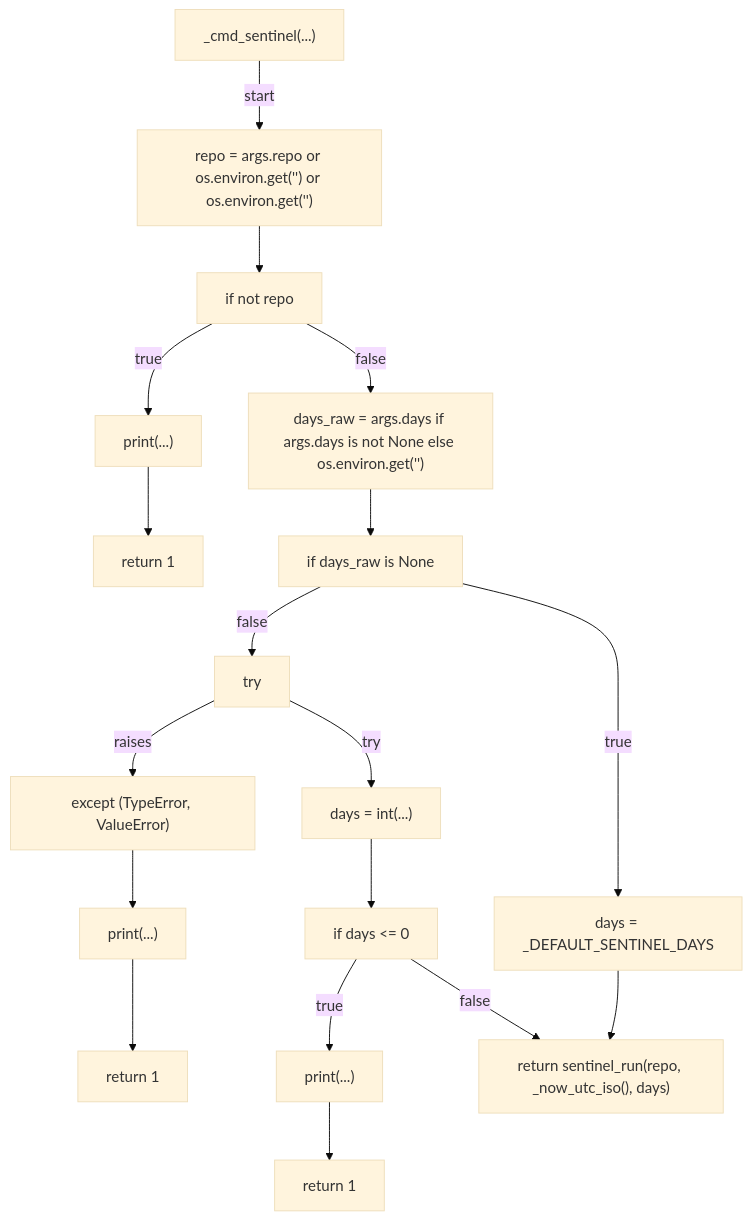
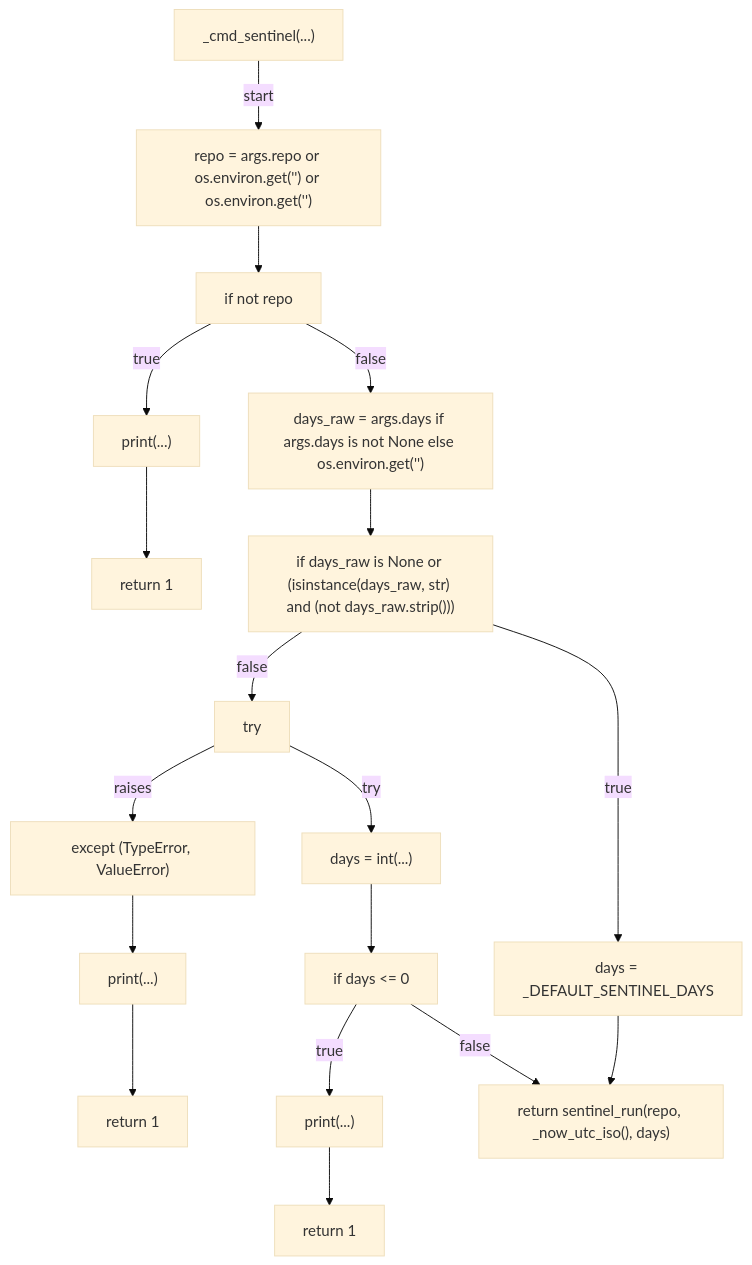
Before and after one commit to tvna/claude-md: diagram 52 of 60 in docs/generated/scripts/ast/auto_retro.md, drawn with Mermaid (base theme). The commit also changed other lines of this file, not shown here.

Commit message:
docs(generated): regenerate decision tree and workflow diagrams
Refs #960

````diff
--- a/docs/generated/scripts/ast/auto_retro.md
+++ b/docs/generated/scripts/ast/auto_retro.md
@@ -1148,37 +1148,37 @@
 ```mermaid
 flowchart TD
     N001["_cmd_sentinel(...)"]
     N002["repo = args.repo or os.environ.get('<str>') or os.environ.get('<str>')"]
     N003["if not repo"]
     N004["print(...)"]
     N005["return 1"]
     N006["days_raw = args.days if args.days is not None else os.environ.get('<str>')"]
-    N007["if days_raw is None"]
+    N007["if days_raw is None or (isinstance(days_raw, str) and (not days_raw.strip()))"]
     N008["days = _DEFAULT_SENTINEL_DAYS"]
     N009["try"]
     N010["days = int(...)"]
     N011["except (TypeError, ValueError)"]
     N012["print(...)"]
     N013["return 1"]
     N014["if days <= 0"]
     N015["print(...)"]
     N016["return 1"]
     N017["return sentinel_run(repo, _now_utc_iso(), days)"]
     N001 -->|"start"| N002
     N002 --> N003
     N003 -->|"true"| N004
     N004 --> N005
     N003 -->|"false"| N006
     N006 --> N007
     N007 -->|"true"| N008
     N007 -->|"false"| N009
     N009 -->|"try"| N010
     N009 -->|"raises"| N011
     N011 --> N012
     N012 --> N013
     N010 --> N014
     N014 -->|"true"| N015
     N015 --> N016
     N008 --> N017
     N014 -->|"false"| N017
 ```
````
